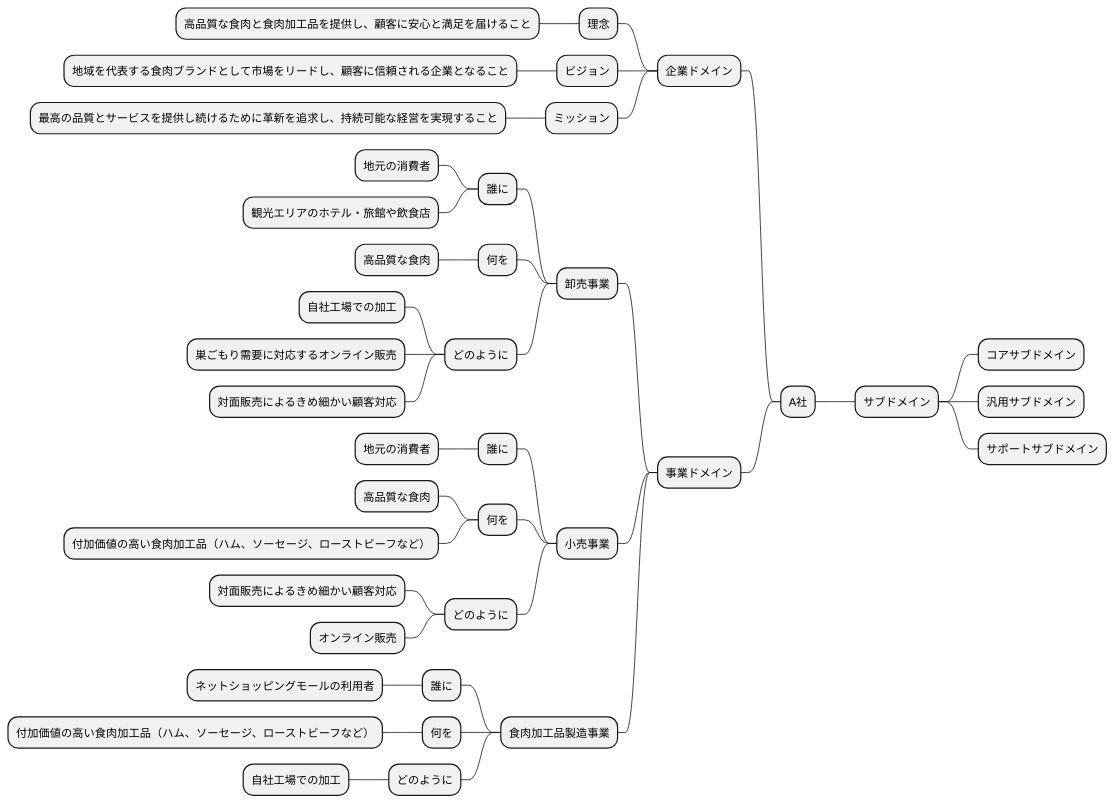
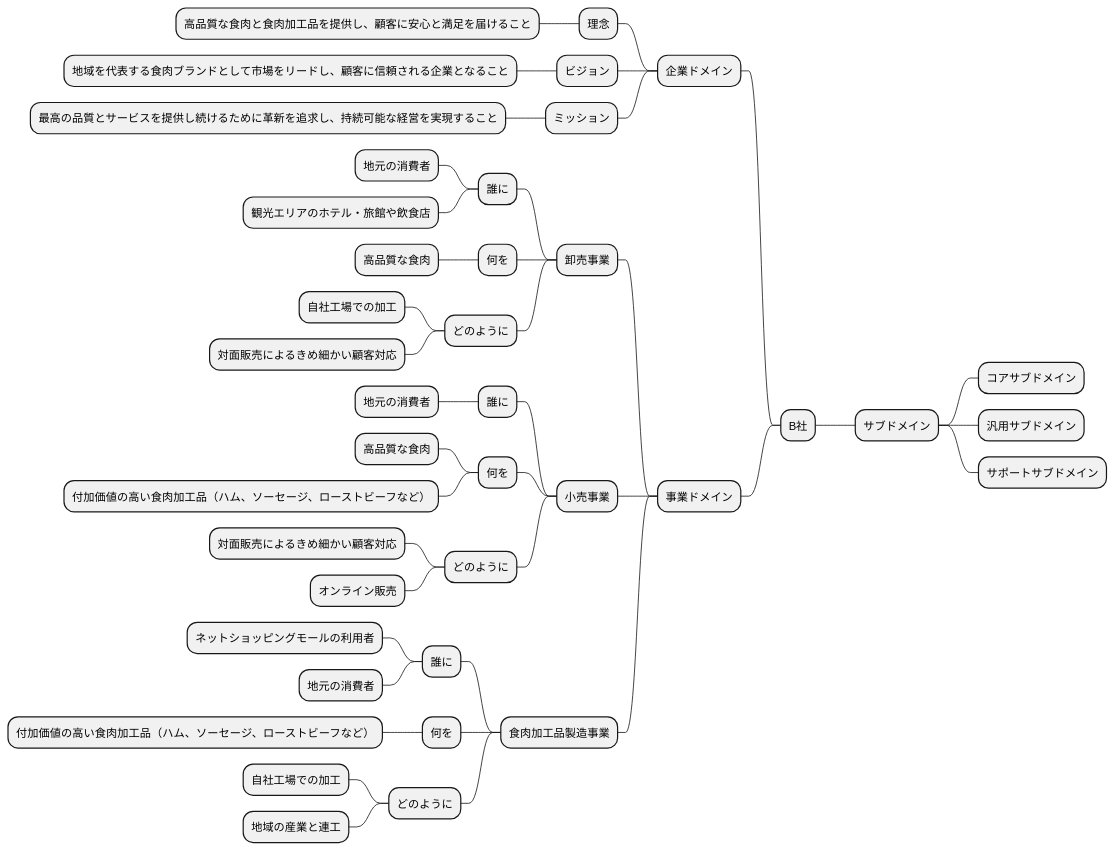
One commit to k2works/case-sutudy-business-analysis changed diagram 12 of 15 in docs/case/r04_case_2.adoc. Above: the diagram before and after it, drawn with PlantUML. The commit also changed other lines of this file, not shown here.

```diff
--- a/docs/case/r04_case_2.adoc
+++ b/docs/case/r04_case_2.adoc
@@ -578,46 +733,47 @@
 [plantuml]
 ----
 @startmindmap
 
-* A社
+* B社
 -- 企業ドメイン
 --- 理念
 ---- 高品質な食肉と食肉加工品を提供し、顧客に安心と満足を届けること
 --- ビジョン
 ---- 地域を代表する食肉ブランドとして市場をリードし、顧客に信頼される企業となること
 --- ミッション
 ---- 最高の品質とサービスを提供し続けるために革新を追求し、持続可能な経営を実現すること
 -- 事業ドメイン
 --- 卸売事業
 ---- 誰に
 ----- 地元の消費者
 ----- 観光エリアのホテル・旅館や飲食店
 ---- 何を
 ----- 高品質な食肉
 ---- どのように
 ----- 自社工場での加工
------ 巣ごもり需要に対応するオンライン販売
 ----- 対面販売によるきめ細かい顧客対応
 --- 小売事業
 ---- 誰に
 ----- 地元の消費者
 ---- 何を
 ----- 高品質な食肉
 ----- 付加価値の高い食肉加工品（ハム、ソーセージ、ローストビーフなど）
 ---- どのように
 ----- 対面販売によるきめ細かい顧客対応
 ----- オンライン販売
 --- 食肉加工品製造事業
 ---- 誰に
 ----- ネットショッピングモールの利用者
+----- 地元の消費者
 ---- 何を
 ----- 付加価値の高い食肉加工品（ハム、ソーセージ、ローストビーフなど）
 ---- どのように
 ----- 自社工場での加工
+----- 地域の産業と連工
 ** サブドメイン
 *** コアサブドメイン
 *** 汎用サブドメイン
 *** サポートサブドメイン
 
 @endmindmap
 ----
```
